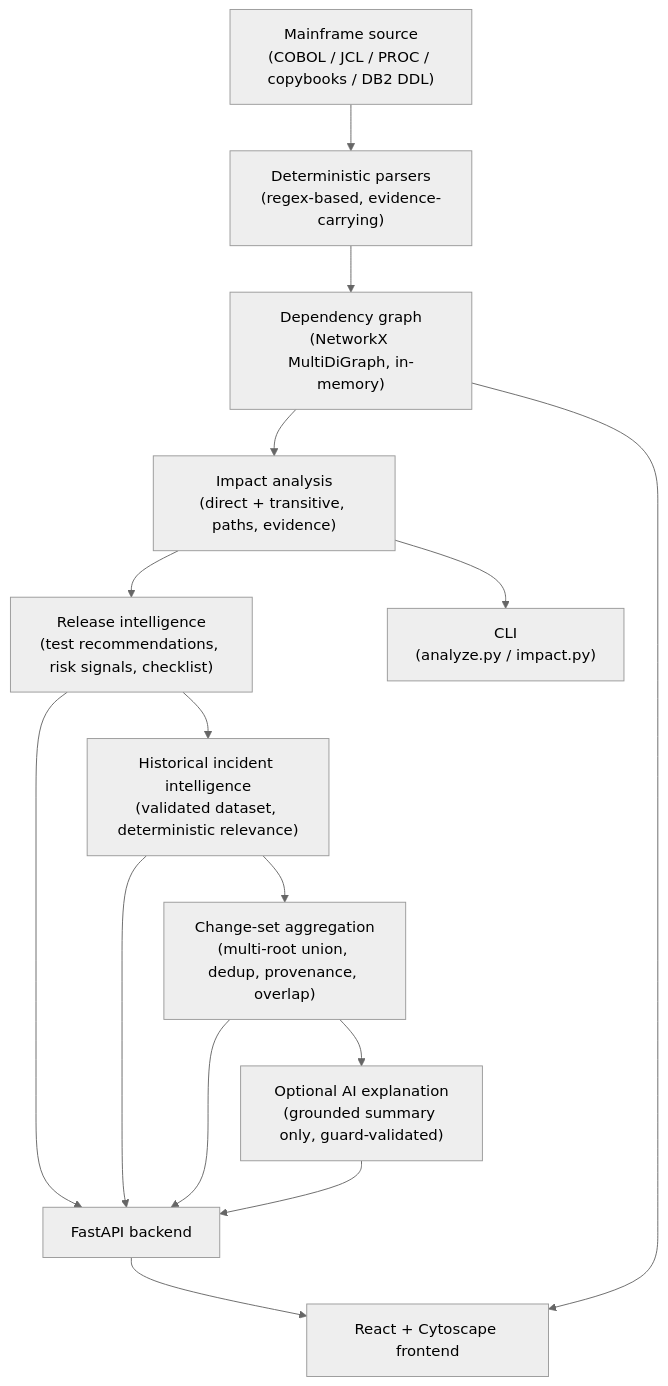
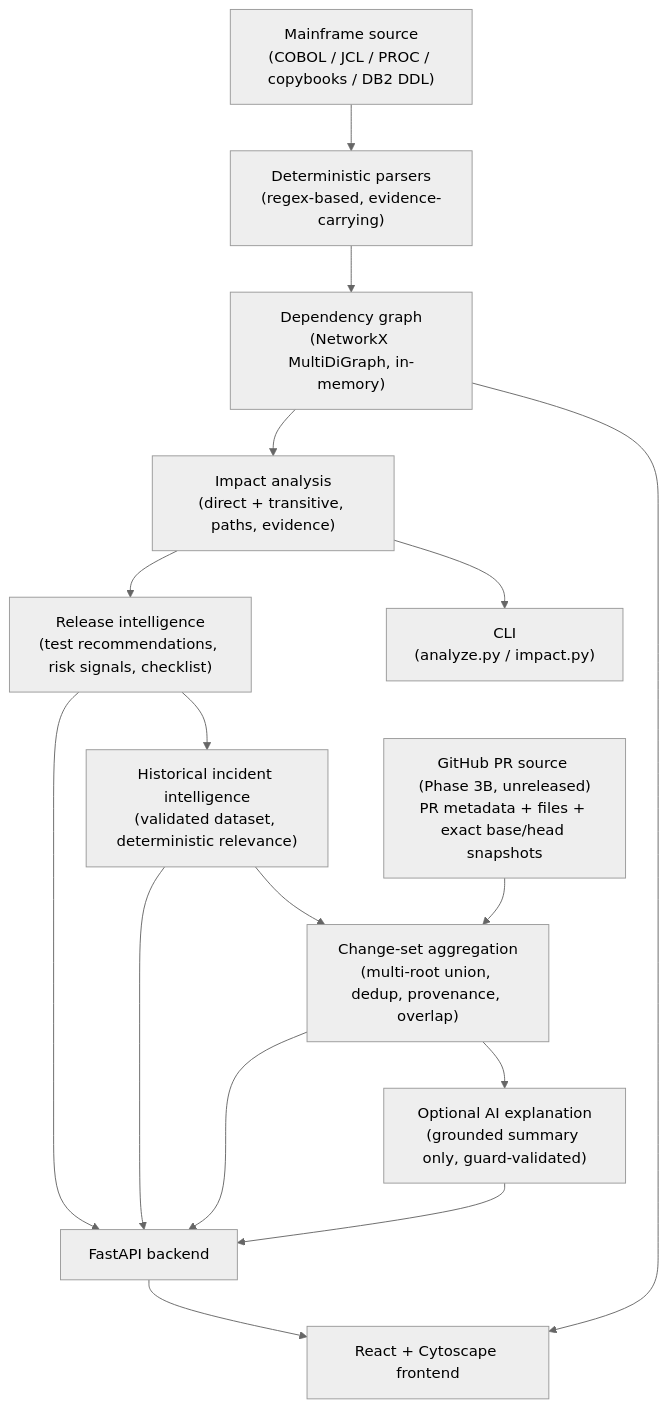
Before and after one commit to abhiClone/mainframe-change-impact-intelligence: the diagram in README.md, drawn with Mermaid (neutral theme). The commit also changed other lines of this file and 41 other files, not shown here.

Commit message:
Phase 3B: GitHub pull request impact analysis

````diff
--- a/README.md
+++ b/README.md
@@ -79,23 +80,25 @@
 ```mermaid
 flowchart TD
     SRC["Mainframe source\n(COBOL / JCL / PROC / copybooks / DB2 DDL)"]
     PARSE["Deterministic parsers\n(regex-based, evidence-carrying)"]
     GRAPH["Dependency graph\n(NetworkX MultiDiGraph, in-memory)"]
     IMPACT["Impact analysis\n(direct + transitive, paths, evidence)"]
     INTEL["Release intelligence\n(test recommendations, risk signals, checklist)"]
     INC["Historical incident intelligence\n(validated dataset, deterministic relevance)"]
     CHG["Change-set aggregation\n(multi-root union, dedup, provenance, overlap)"]
+    GHPR["GitHub PR source (Phase 3B, unreleased)\nPR metadata + files + exact base/head snapshots"]
     AI["Optional AI explanation\n(grounded summary only, guard-validated)"]
     CLI["CLI\n(analyze.py / impact.py)"]
     API["FastAPI backend"]
     UI["React + Cytoscape frontend"]
 
     SRC --> PARSE --> GRAPH --> IMPACT --> INTEL --> INC --> CHG --> AI
+    GHPR --> CHG
     IMPACT --> CLI
     INTEL --> API
     INC --> API
     CHG --> API
     AI --> API
     API --> UI
     GRAPH --> UI
 ```
````
